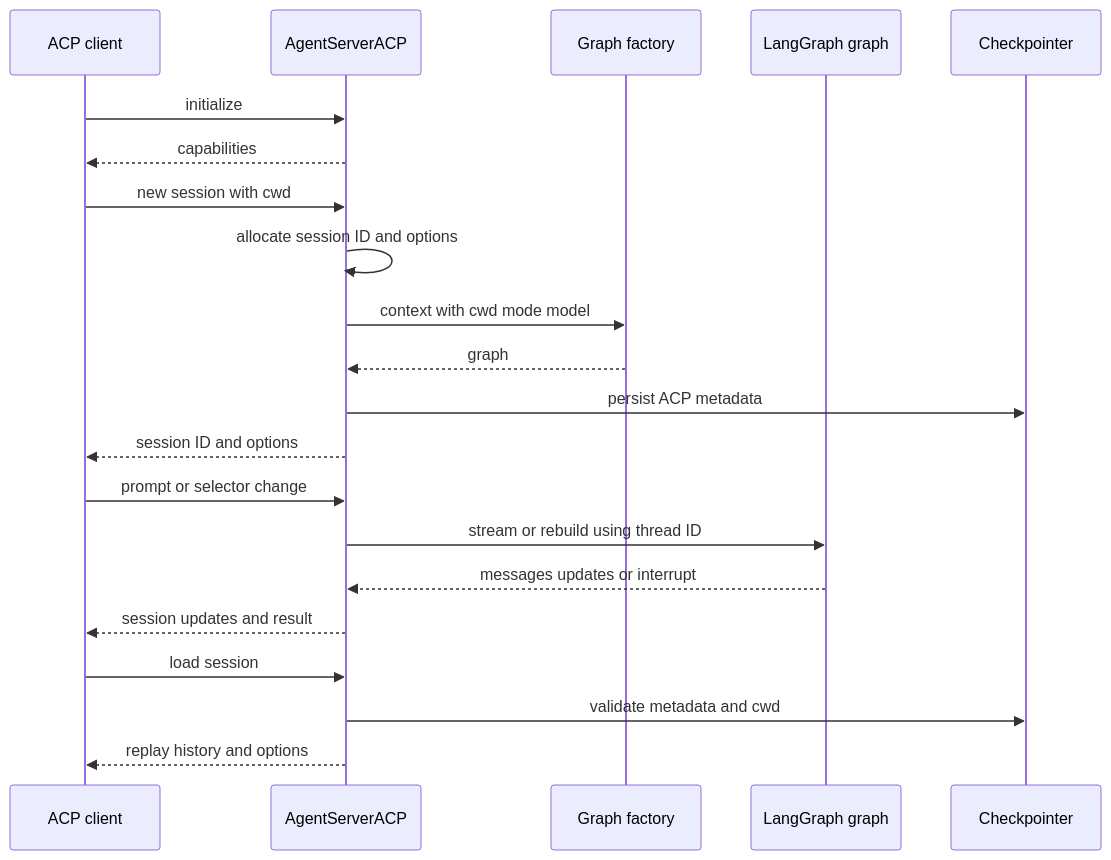
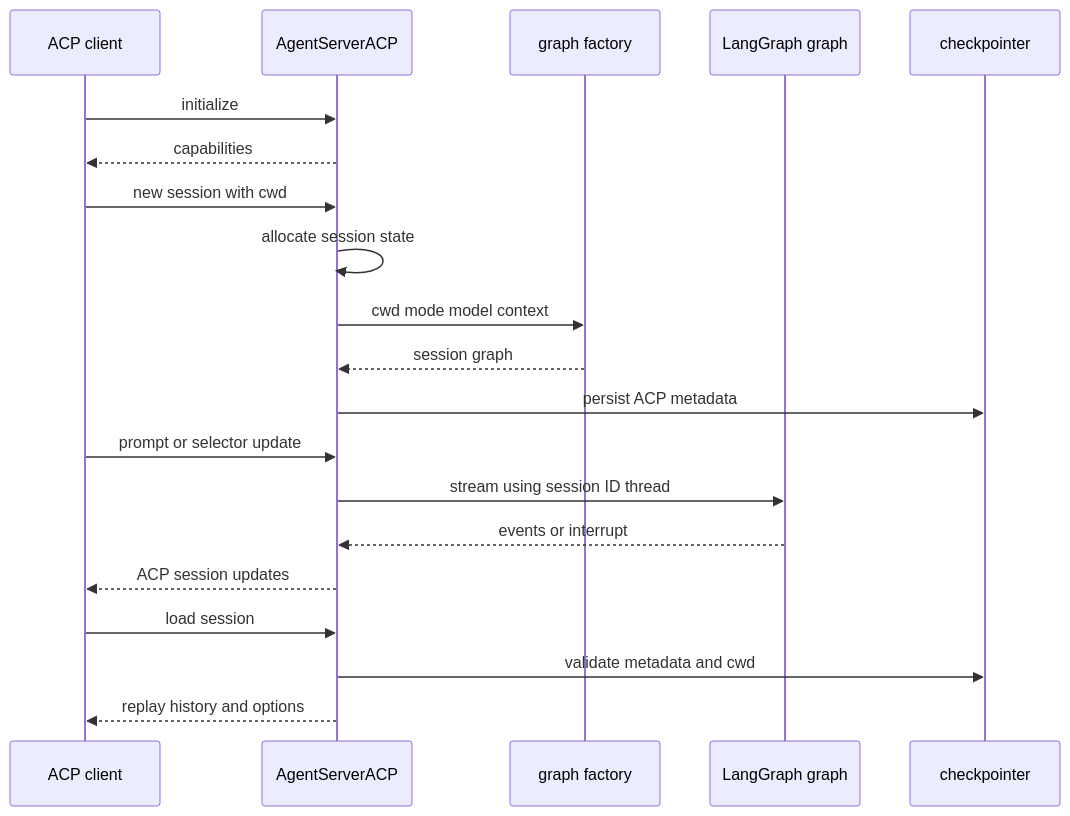
One commit to langchain-ai/deepagents changed the second of 2 diagrams in openwiki/integrations/acp.md. Above: the diagram before and after it, drawn with Mermaid. The commit also changed other lines of this file and 63 other files, not shown here.

````diff
--- a/openwiki/integrations/acp.md
+++ b/openwiki/integrations/acp.md
@@ -86,23 +76,22 @@
 ```mermaid
 sequenceDiagram
     participant Client as ACP client
     participant Bridge as AgentServerACP
-    participant Factory as Graph factory
+    participant Factory as graph factory
     participant Graph as LangGraph graph
-    participant Store as Checkpointer
+    participant Store as checkpointer
     Client->>Bridge: initialize
     Bridge-->>Client: capabilities
     Client->>Bridge: new session with cwd
-    Bridge->>Bridge: allocate session ID and options
-    Bridge->>Factory: context with cwd mode model
-    Factory-->>Bridge: graph
+    Bridge->>Bridge: allocate session state
+    Bridge->>Factory: cwd mode model context
+    Factory-->>Bridge: session graph
     Bridge->>Store: persist ACP metadata
-    Bridge-->>Client: session ID and options
-    Client->>Bridge: prompt or selector change
-    Bridge->>Graph: stream or rebuild using thread ID
-    Graph-->>Bridge: messages updates or interrupt
-    Bridge-->>Client: session updates and result
+    Client->>Bridge: prompt or selector update
+    Bridge->>Graph: stream using session ID thread
+    Graph-->>Bridge: events or interrupt
+    Bridge-->>Client: ACP session updates
     Client->>Bridge: load session
     Bridge->>Store: validate metadata and cwd
     Bridge-->>Client: replay history and options
 ```
````
